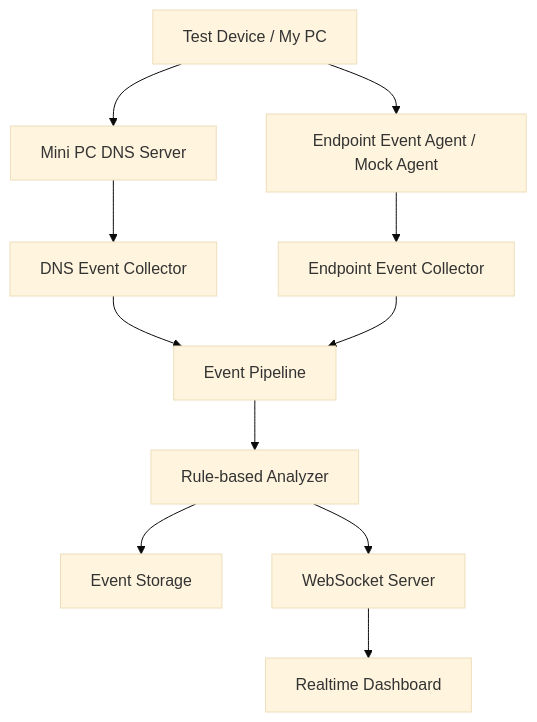
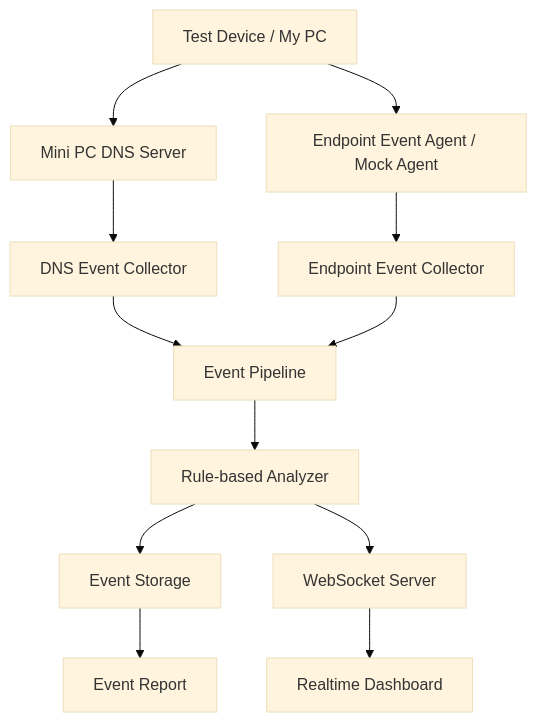
One commit to seoheejung/officeguard-lab changed the diagram in README.md. Above: the diagram before and after it, drawn with Mermaid (base theme). The commit also changed other lines of this file and 8 other files, not shown here.

````diff
--- a/README.md
+++ b/README.md
@@ -57,17 +57,18 @@
 ```mermaid
 flowchart TD
     Client["Test Device / My PC"] --> DNS["Mini PC DNS Server"]
     Client --> Agent["Endpoint Event Agent / Mock Agent"]
 
     DNS --> DNSCollector["DNS Event Collector"]
     Agent --> EndpointCollector["Endpoint Event Collector"]
 
     DNSCollector --> Pipeline["Event Pipeline"]
     EndpointCollector --> Pipeline
 
     Pipeline --> Analyzer["Rule-based Analyzer"]
     Analyzer --> Storage["Event Storage"]
     Analyzer --> WebSocket["WebSocket Server"]
 
     WebSocket --> Dashboard["Realtime Dashboard"]
+    Storage --> Report["Event Report"]
 ```
````
